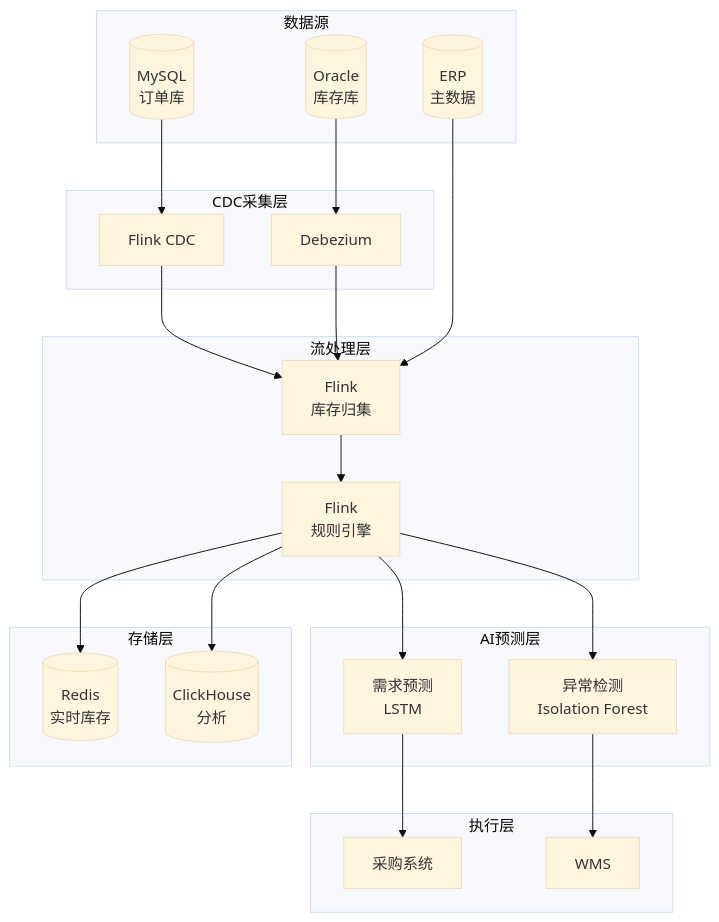
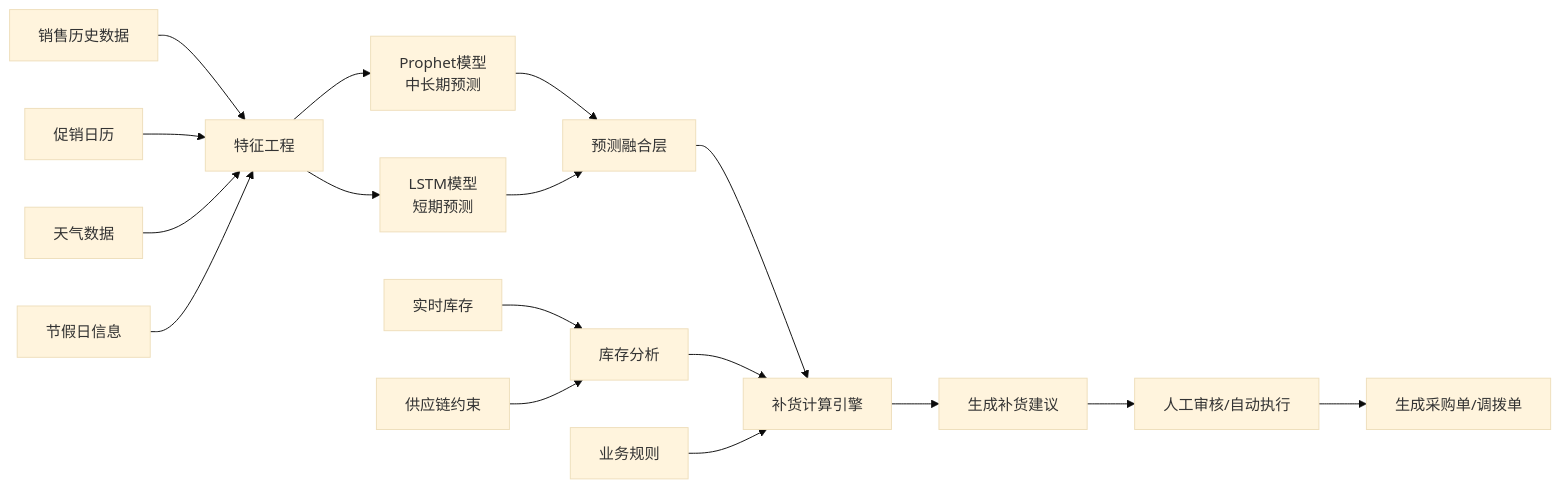
The third of 4 diagrams in phase2-case-studies/supply-chain/11.4.1-supply-chain-inventory.md (AdaMartin18010/AnalysisDataFlow), drawn with Mermaid (base theme) before and after one commit. The commit also changed other lines of this file and 254 other files, not shown here.

````diff
--- a/phase2-case-studies/supply-chain/11.4.1-supply-chain-inventory.md
+++ b/phase2-case-studies/supply-chain/11.4.1-supply-chain-inventory.md
@@ -94,44 +306,24 @@
 ```mermaid
-graph TB
-    subgraph DataSource[数据源]
-        DB1[(MySQL<br/>订单库)]
-        DB2[(Oracle<br/>库存库)]
-        DB3[(ERP<br/>主数据)]
-    end
+flowchart LR
+    A[销售历史数据] --> B[特征工程]
+    C[促销日历] --> B
+    D[天气数据] --> B
+    E[节假日信息] --> B
 
-    subgraph CDC[CDC采集层]
-        F1[Flink CDC]
-        F2[Debezium]
-    end
+    B --> F[Prophet模型<br/>中长期预测]
+    B --> G[LSTM模型<br/>短期预测]
 
-    subgraph Process[流处理层]
-        F3[Flink<br/>库存归集]
-        F4[Flink<br/>规则引擎]
-    end
+    F --> H[预测融合层]
+    G --> H
 
-    subgraph AI[AI预测层]
-        M1[需求预测<br/>LSTM]
-        M2[异常检测<br/>Isolation Forest]
-    end
+    I[实时库存] --> J[库存分析]
+    K[供应链约束] --> J
 
-    subgraph Storage[存储层]
-        R1[(Redis<br/>实时库存)]
-        CH[(ClickHouse<br/>分析)]
-    end
+    H --> L[补货计算引擎]
+    J --> L
+    M[业务规则] --> L
 
-    subgraph Action[执行层]
-        API1[采购系统]
-        API2[WMS]
-    end
-
-    DB1 --> F1 --> F3
-    DB2 --> F2 --> F3
-    DB3 --> F3
-    F3 --> F4
-    F4 --> R1
-    F4 --> CH
-    F4 --> M1
-    F4 --> M2
-    M1 --> API1
-    M2 --> API2
+    L --> N[生成补货建议]
+    N --> O[人工审核/自动执行]
+    O --> P[生成采购单/调拨单]
 ```
````
